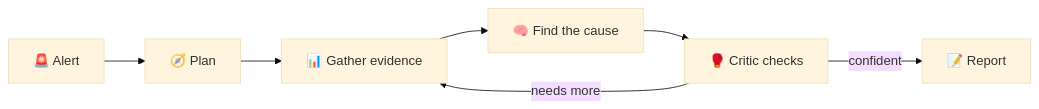
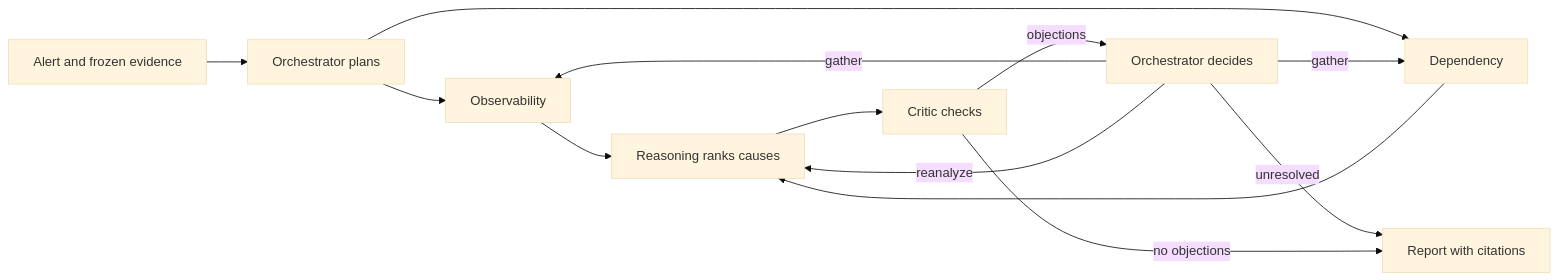
One commit to knocBack/incident-investigator changed the diagram in README.md. Above: the diagram before and after it, drawn with Mermaid (base theme). The commit also changed other lines of this file and 35 other files, not shown here.

````diff
--- a/README.md
+++ b/README.md
@@ -67,9 +34,15 @@
 ```mermaid
 flowchart LR
-    A[🚨 Alert] --> P[🧭 Plan]
-    P --> G[📊 Gather evidence]
-    G --> R[🧠 Find the cause]
-    R --> C[🥊 Critic checks]
-    C -->|needs more| G
-    C -->|confident| W[📝 Report]
+    A[Alert and frozen evidence] --> P[Orchestrator plans]
+    P --> O[Observability]
+    P --> D[Dependency]
+    O --> R[Reasoning ranks causes]
+    D --> R
+    R --> C[Critic checks]
+    C -->|objections| N[Orchestrator decides]
+    N -->|gather| O
+    N -->|gather| D
+    N -->|reanalyze| R
+    N -->|unresolved| W[Report with citations]
+    C -->|no objections| W
 ```
````
